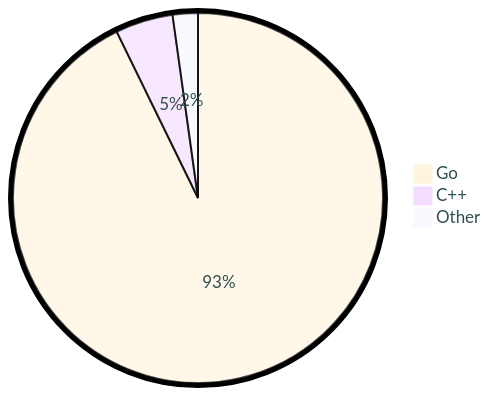
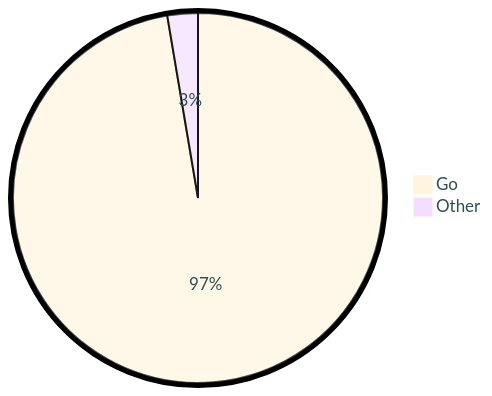
The diagram in README.md (tot0p/tot0p), drawn with Mermaid before and after one commit. The commit also changed other lines of this file, not shown here.

````diff
--- a/README.md
+++ b/README.md
@@ -119,7 +115,6 @@
 ```mermaid
 %%{init: {"pie": {"textPosition": 0.5}, "themeVariables": {"pieOuterStrokeWidth": "5px","primaryTextColor" : "#2F4F4F"},"theme":"base"} }%%
 pie
-	"Go": 92.77
-	"C++": 5.04
-	"Other": 2.1999999999999997
+	"Go": 97.34
+	"Other": 2.6599999999999997
 ```
````
